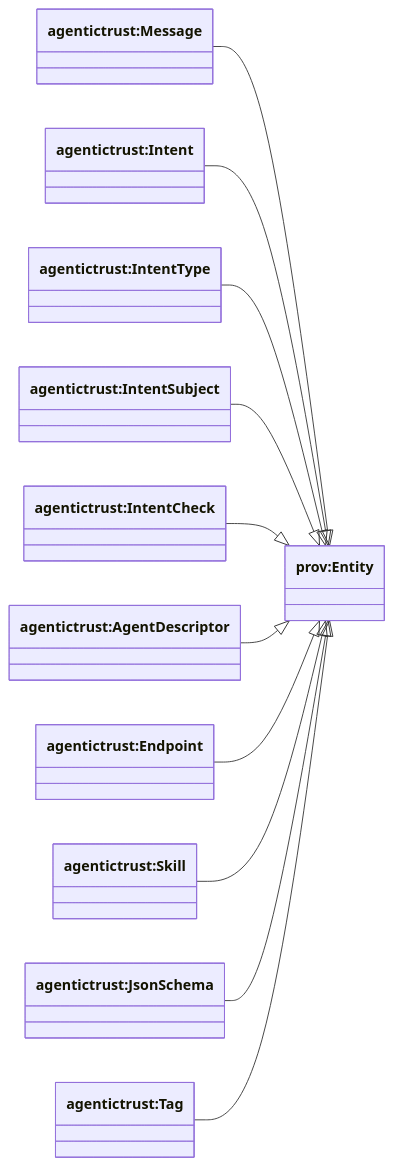
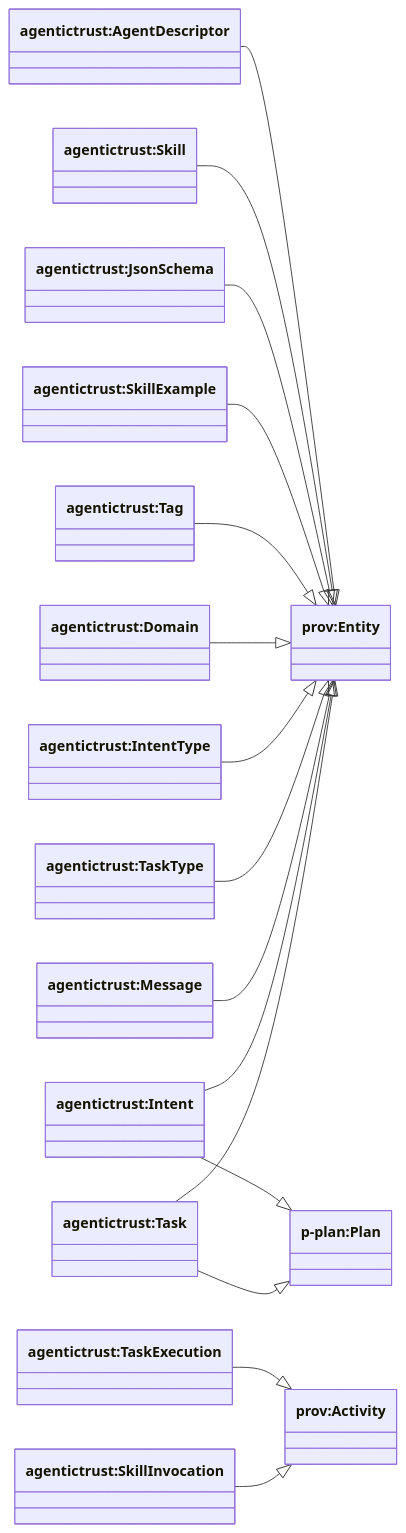
One commit to Agentic-Trust-Layer/agent-explorer changed the first of 5 diagrams in docs/ontology/discovery.md. Above: the diagram before and after it, drawn with Mermaid. The commit also changed other lines of this file and 5 other files, not shown here.

````diff
--- a/docs/ontology/discovery.md
+++ b/docs/ontology/discovery.md
@@ -14,29 +132,40 @@
 ```mermaid
 classDiagram
 direction LR
 
 class provEntity["prov:Entity"]
+class provActivity["prov:Activity"]
+class pplanPlan["p-plan:Plan"]
+
+class AgentDescriptor["agentictrust:AgentDescriptor"]
+class Skill["agentictrust:Skill"]
+class JsonSchema["agentictrust:JsonSchema"]
+class SkillExample["agentictrust:SkillExample"]
+class Tag["agentictrust:Tag"]
+class Domain["agentictrust:Domain"]
+class IntentType["agentictrust:IntentType"]
+class TaskType["agentictrust:TaskType"]
 
 class Message["agentictrust:Message"]
 class Intent["agentictrust:Intent"]
-class IntentType["agentictrust:IntentType"]
-class IntentSubject["agentictrust:IntentSubject"]
-class IntentCheck["agentictrust:IntentCheck"]
+class Task["agentictrust:Task"]
+class TaskExecution["agentictrust:TaskExecution"]
+class SkillInvocation["agentictrust:SkillInvocation"]
 
-class AgentDescriptor["agentictrust:AgentDescriptor"]
-class Endpoint["agentictrust:Endpoint"]
-class Skill["agentictrust:Skill"]
-class JsonSchema["agentictrust:JsonSchema"]
-class Tag["agentictrust:Tag"]
+AgentDescriptor --|> provEntity
+Skill --|> provEntity
+JsonSchema --|> provEntity
+SkillExample --|> provEntity
+Tag --|> provEntity
+Domain --|> provEntity
+IntentType --|> provEntity
+TaskType --|> provEntity
 
 Message --|> provEntity
 Intent --|> provEntity
-IntentType --|> provEntity
-IntentSubject --|> provEntity
-IntentCheck --|> provEntity
-AgentDescriptor --|> provEntity
-Endpoint --|> provEntity
-Skill --|> provEntity
-JsonSchema --|> provEntity
-Tag --|> provEntity
+Intent --|> pplanPlan
+Task --|> provEntity
+Task --|> pplanPlan
+TaskExecution --|> provActivity
+SkillInvocation --|> provActivity
 ```
````
